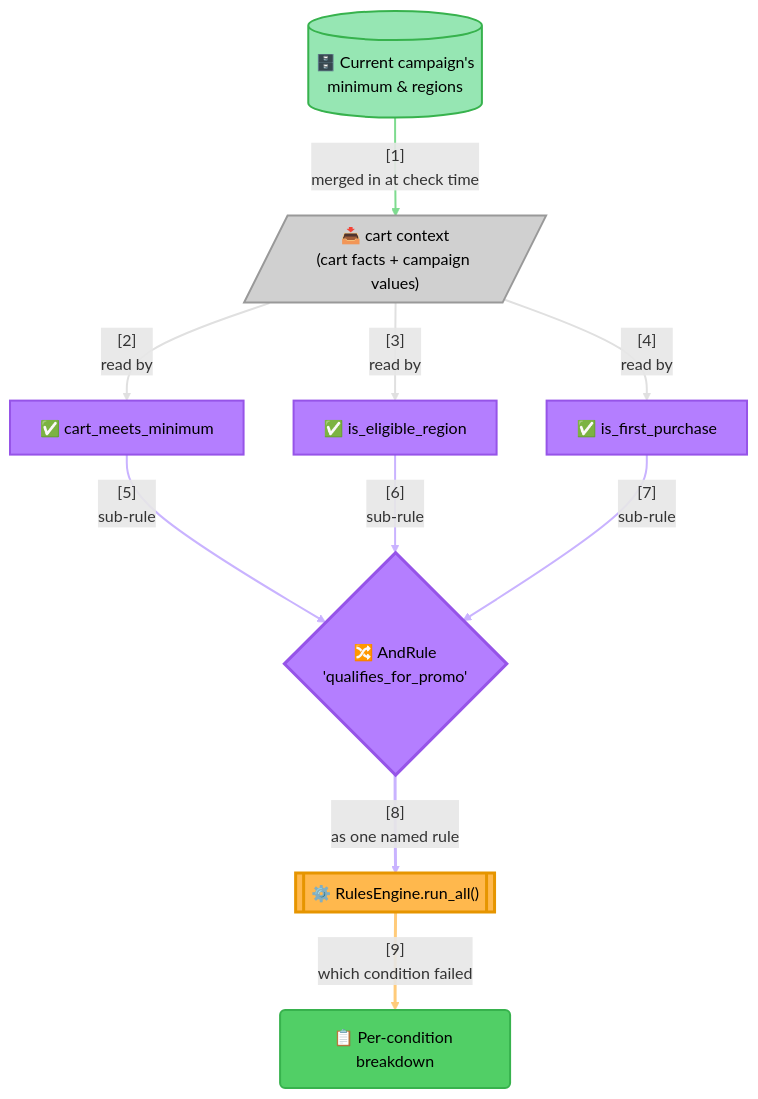
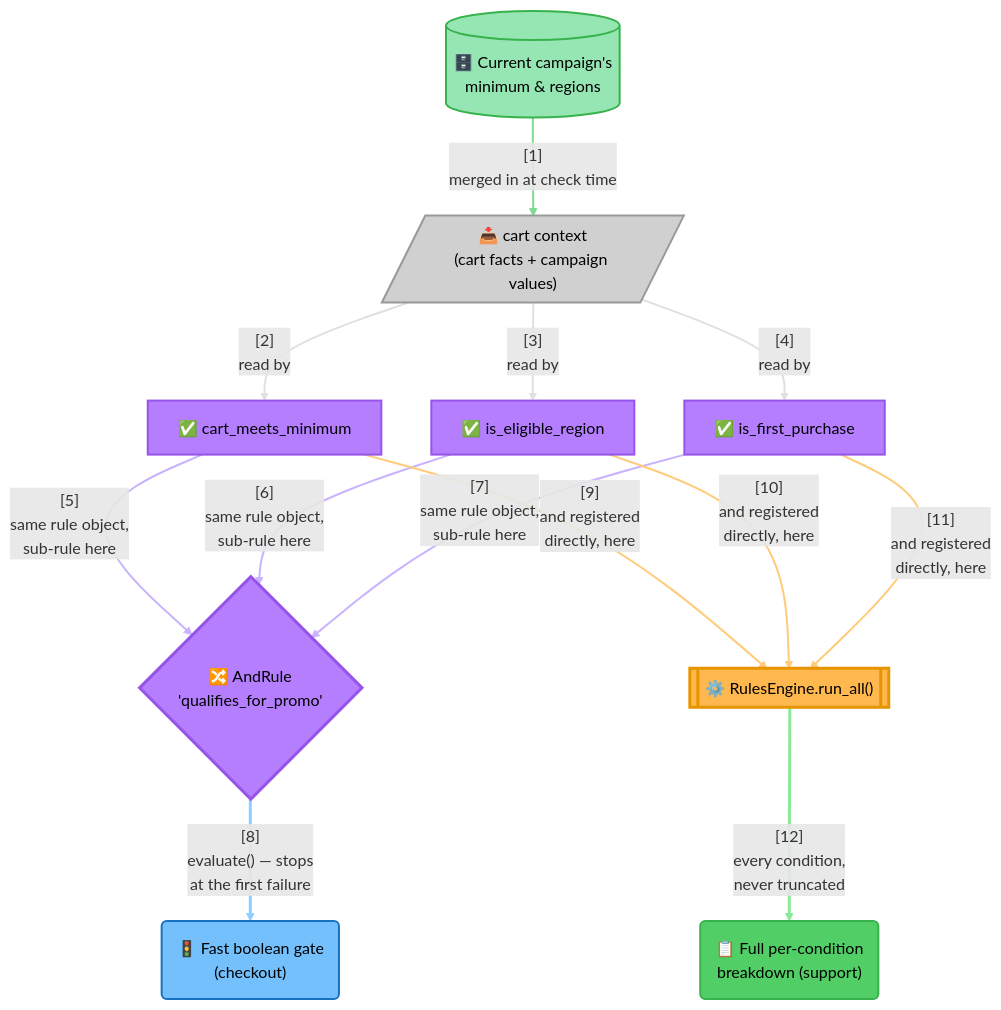
Before and after one commit to pawan-vyas/verdict-rules: the diagram in python/docs/samples/2_dynamic-discounts.md, drawn with Mermaid. The commit also changed other lines of this file, not shown here.

````diff
--- a/python/docs/samples/2_dynamic-discounts.md
+++ b/python/docs/samples/2_dynamic-discounts.md
@@ -58,55 +63,67 @@
 ```mermaid
 graph TB
     Config[("🗄️ Current campaign's<br/>minimum & regions")]
     Context[/"📥 cart context<br/>(cart facts + campaign values)"/]
     RuleA["✅ cart_meets_minimum"]
     RuleB["✅ is_eligible_region"]
     RuleC["✅ is_first_purchase"]
     Combined{"🔀 AndRule<br/>'qualifies_for_promo'"}
     RunAll[["⚙️ RulesEngine.run_all()"]]
-    Breakdown("📋 Per-condition breakdown")
+    Gate("🚦 Fast boolean gate<br/>(checkout)")
+    Breakdown("📋 Full per-condition<br/>breakdown (support)")
 
     %% Link 0: Config -> Context
     Config -->|"[1]<br/>merged in at check time"| Context
     %% Link 1: Context -> RuleA
     Context -->|"[2]<br/>read by"| RuleA
     %% Link 2: Context -> RuleB
     Context -->|"[3]<br/>read by"| RuleB
     %% Link 3: Context -> RuleC
     Context -->|"[4]<br/>read by"| RuleC
     %% Link 4: RuleA -> Combined
-    RuleA -->|"[5]<br/>sub-rule"| Combined
+    RuleA -->|"[5]<br/>same rule object,<br/>sub-rule here"| Combined
     %% Link 5: RuleB -> Combined
-    RuleB -->|"[6]<br/>sub-rule"| Combined
+    RuleB -->|"[6]<br/>same rule object,<br/>sub-rule here"| Combined
     %% Link 6: RuleC -> Combined
-    RuleC -->|"[7]<br/>sub-rule"| Combined
-    %% Link 7: Combined -> RunAll
-    Combined -->|"[8]<br/>as one named rule"| RunAll
-    %% Link 8: RunAll -> Breakdown
-    RunAll -->|"[9]<br/>which condition failed"| Breakdown
+    RuleC -->|"[7]<br/>same rule object,<br/>sub-rule here"| Combined
+    %% Link 7: Combined -> Gate
+    Combined -->|"[8]<br/>evaluate() — stops<br/>at the first failure"| Gate
+    %% Link 8: RuleA -> RunAll
+    RuleA -->|"[9]<br/>and registered<br/>directly, here"| RunAll
+    %% Link 9: RuleB -> RunAll
+    RuleB -->|"[10]<br/>and registered<br/>directly, here"| RunAll
+    %% Link 10: RuleC -> RunAll
+    RuleC -->|"[11]<br/>and registered<br/>directly, here"| RunAll
+    %% Link 11: RunAll -> Breakdown
+    RunAll -->|"[12]<br/>every condition,<br/>never truncated"| Breakdown
 
     style Config fill:#96E6B3,stroke:#37B24D,stroke-width:2px,color:#000
     style Context fill:#D0D0D0,stroke:#999999,stroke-width:2px,color:#000
     style RuleA fill:#B47EFF,stroke:#9654E8,stroke-width:2px,color:#000
     style RuleB fill:#B47EFF,stroke:#9654E8,stroke-width:2px,color:#000
     style RuleC fill:#B47EFF,stroke:#9654E8,stroke-width:2px,color:#000
     style Combined fill:#B47EFF,stroke:#9654E8,stroke-width:3px,color:#000
     style RunAll fill:#FFB84D,stroke:#E69500,stroke-width:3px,color:#000
+    style Gate fill:#74C0FC,stroke:#1971C2,stroke-width:2px,color:#000
     style Breakdown fill:#51CF66,stroke:#37B24D,stroke-width:2px,color:#000
 
     %% Link Index:
     %% 0: the current campaign's numbers are merged into the context, not baked into code
     %% 1-3: each fixed rule reads whatever it needs off that one context
-    %% 4-6: each condition is a sub-rule of the combined AndRule
-    %% 7: the composite is handed to the engine as one named rule
-    %% 8: run_all (not the composite's own evaluate()) surfaces every condition's own outcome
+    %% 4-6: the same three rule objects are handed to the AndRule as sub-rules...
+    %% 7: ...whose own evaluate() is the fast path, stopping at the first failure
+    %% 8-10: ...and separately registered with the engine, unwrapped...
+    %% 11: ...so run_all() reports every one of them, regardless of how many failed
     linkStyle 0 stroke:#7EDB8F,stroke-width:2px
     linkStyle 1 stroke:#E0E0E0,stroke-width:2px
     linkStyle 2 stroke:#E0E0E0,stroke-width:2px
     linkStyle 3 stroke:#E0E0E0,stroke-width:2px
     linkStyle 4 stroke:#C9B3FF,stroke-width:2px
     linkStyle 5 stroke:#C9B3FF,stroke-width:2px
     linkStyle 6 stroke:#C9B3FF,stroke-width:2px
-    linkStyle 7 stroke:#C9B3FF,stroke-width:3px
-    linkStyle 8 stroke:#FFCB7A,stroke-width:3px
+    linkStyle 7 stroke:#8ECFFF,stroke-width:3px
+    linkStyle 8 stroke:#FFCB7A,stroke-width:2px
+    linkStyle 9 stroke:#FFCB7A,stroke-width:2px
+    linkStyle 10 stroke:#FFCB7A,stroke-width:2px
+    linkStyle 11 stroke:#8CE99A,stroke-width:3px
 ```
````
